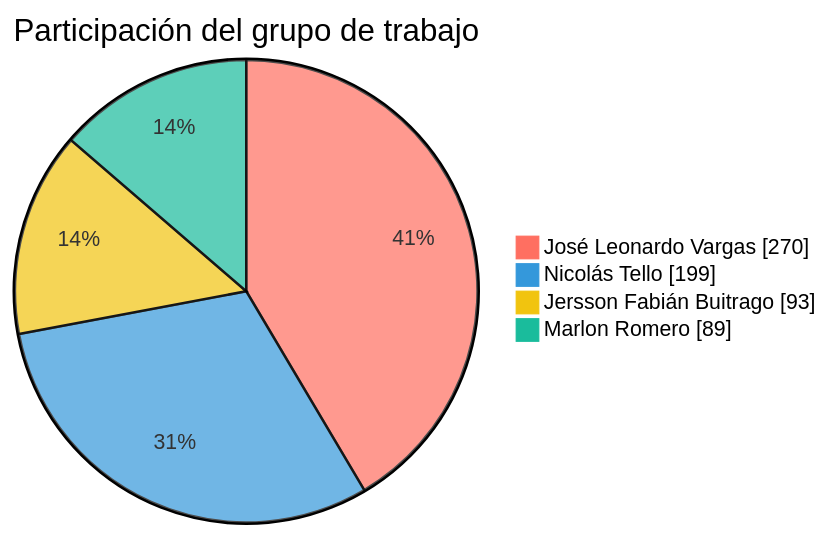
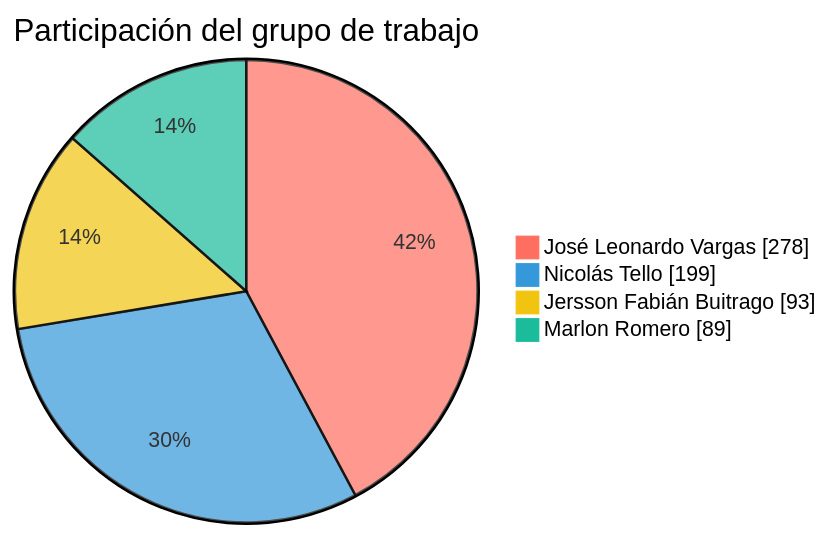
The first of 2 diagrams in README.md (FarmaExpres/FarmaExpres), drawn with Mermaid before and after one commit. The commit also changed other lines of this file and 1 other file, not shown here.

````diff
--- a/README.md
+++ b/README.md
@@ -389,9 +389,9 @@
 ```mermaid
 %%{init: {"themeVariables": {"pie1": "#ff6f61", "pie2": "#3498db", "pie3": "#f1c40f", "pie4": "#1abc9c", "pieLabelColor": "#000000", "pieLabelFontSize": "24px", "pieLabelFontWeight": "700"}}}%%
 pie showData
     title Participación del grupo de trabajo
-    "José Leonardo Vargas" : 270
+    "José Leonardo Vargas" : 278
     "Nicolás Tello" : 199
     "Jersson Fabián Buitrago" : 93
     "Marlon Romero" : 89
 ```
````
